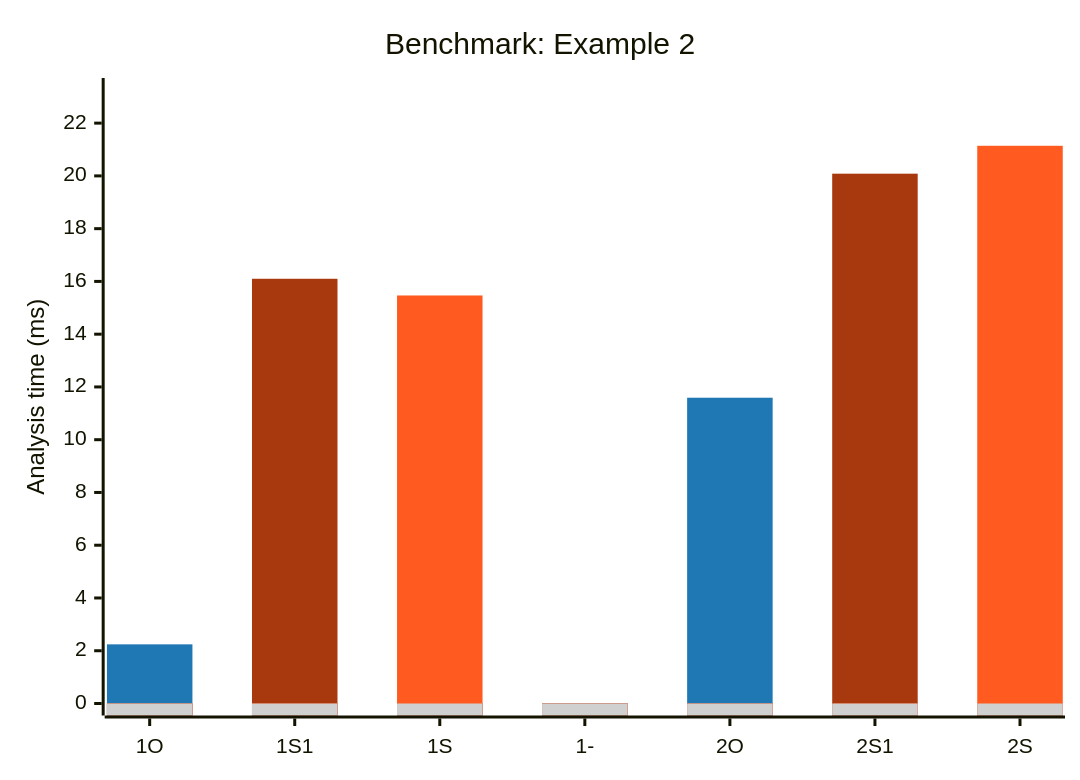
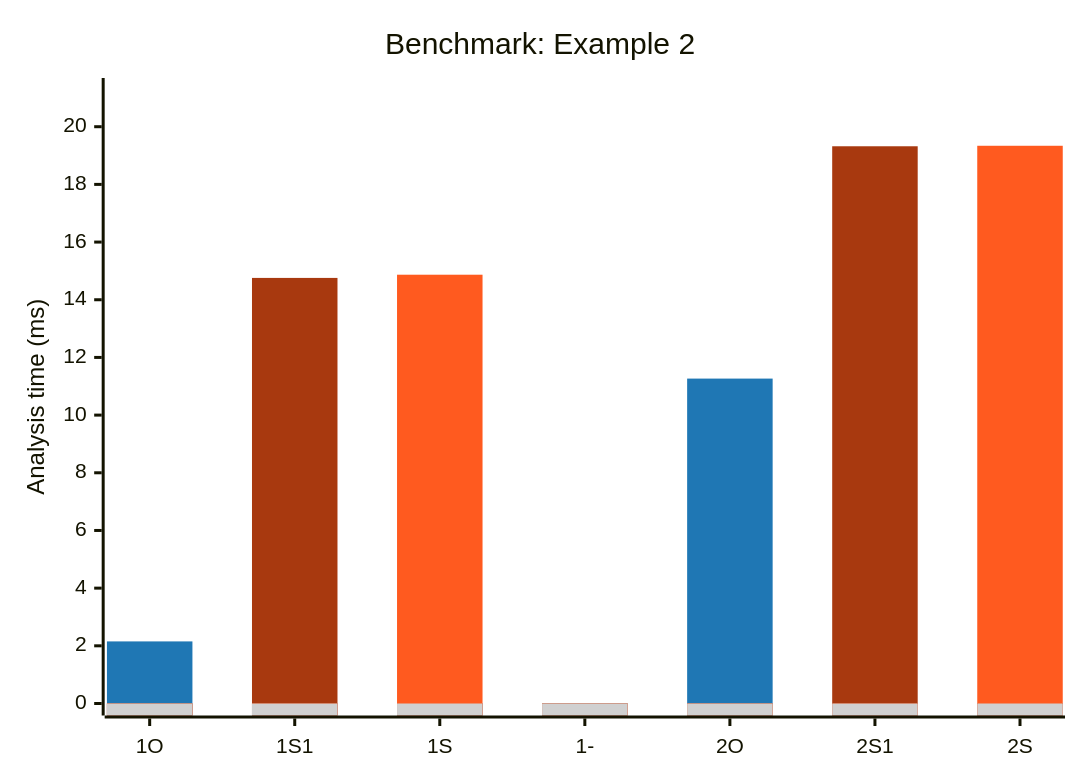
One commit to NathanaelRea/Strut changed the fifth of 9 diagrams in docs/benchmark-opensees-examples.md. Above: the diagram before and after it, drawn with Mermaid. The commit also changed other lines of this file and 23 other files, not shown here.

````diff
--- a/docs/benchmark-opensees-examples.md
+++ b/docs/benchmark-opensees-examples.md
@@ -124,16 +122,16 @@
 ```mermaid
 ---
 config:
   themeVariables:
     xyChart:
       plotColorPalette: '#1f77b4, #a8390f, #FF5A1F, #d0d0d0'
 ---
 xychart-beta
     title "Benchmark: Example 2"
     x-axis ["1O", "1S1", "1S", "1-", "2O", "2S1", "2S"]
-    y-axis "Analysis time (ms)" 0 --> 23.256
-    bar "OS" [2.242, 0.0, 0.0, 0.0, 11.591, 0.0, 0.0]
-    bar "STR1" [0.0, 16.100, 0.0, 0.0, 0.0, 20.084, 0.0]
-    bar "STR" [0.0, 0.0, 15.467, 0.0, 0.0, 0.0, 21.141]
+    y-axis "Analysis time (ms)" 0 --> 21.273
+    bar "OS" [2.153, 0.0, 0.0, 0.0, 11.266, 0.0, 0.0]
+    bar "STR1" [0.0, 14.757, 0.0, 0.0, 0.0, 19.322, 0.0]
+    bar "STR" [0.0, 0.0, 14.868, 0.0, 0.0, 0.0, 19.339]
     bar "mask" [0.0, 0.0, 0.0, 0.0, 0.0, 0.0, 0.0]
 ```
````
